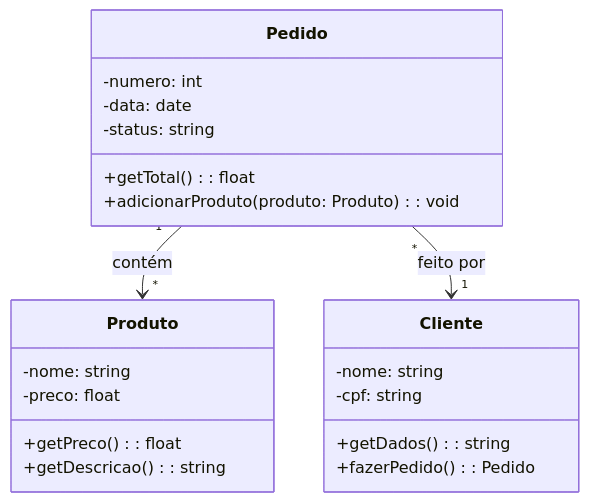
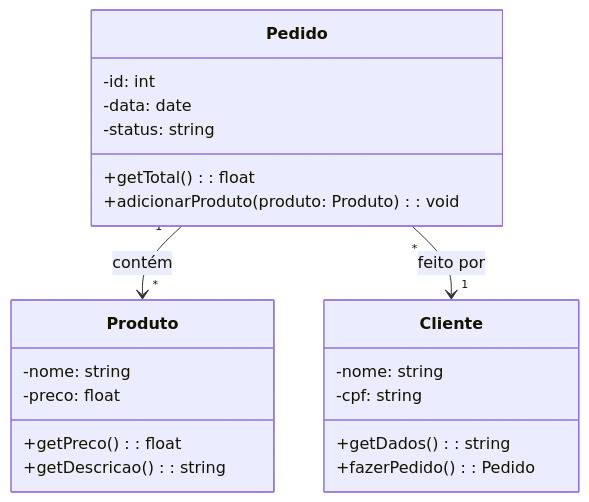
One commit to LucasGabrielPaes/poojavaceub-grupo05 changed the diagram in Fellipe_pedidos.md. Above: the diagram before and after it, drawn with Mermaid. The commit also changed other lines of this file, not shown here.

````diff
--- a/Fellipe_pedidos.md
+++ b/Fellipe_pedidos.md
@@ -22,27 +22,27 @@
 ```mermaid
 classDiagram
   class Pedido {
-    -numero: int
+    -id: int
     -data: date
     -status: string
     +getTotal(): float
     +adicionarProduto(produto: Produto): void
   }
 
   class Produto {
     -nome: string
     -preco: float
     +getPreco(): float
     +getDescricao(): string
   }
 
   class Cliente {
     -nome: string
     -cpf: string
     +getDados(): string
     +fazerPedido(): Pedido
   }
 
   Pedido "1" --> "*" Produto : contém
   Pedido "*" --> "1" Cliente : feito por
 ```
````
